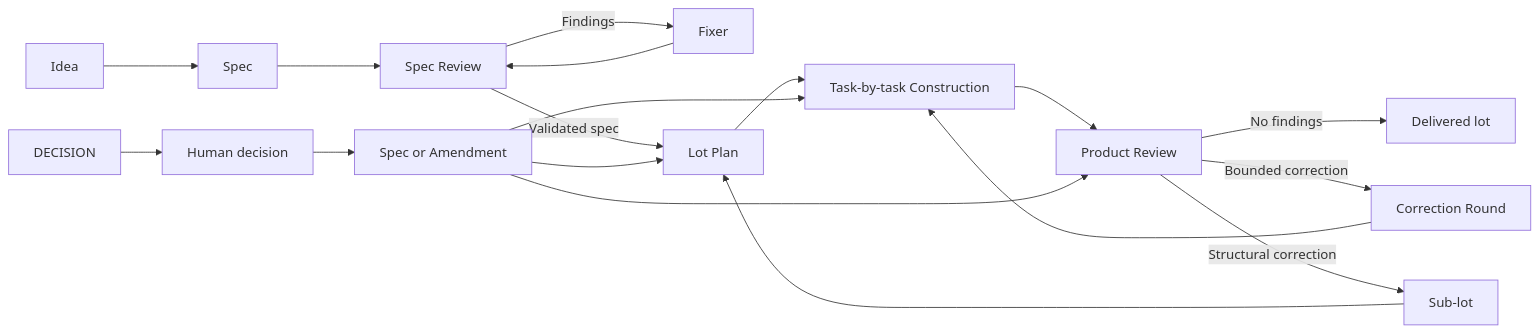
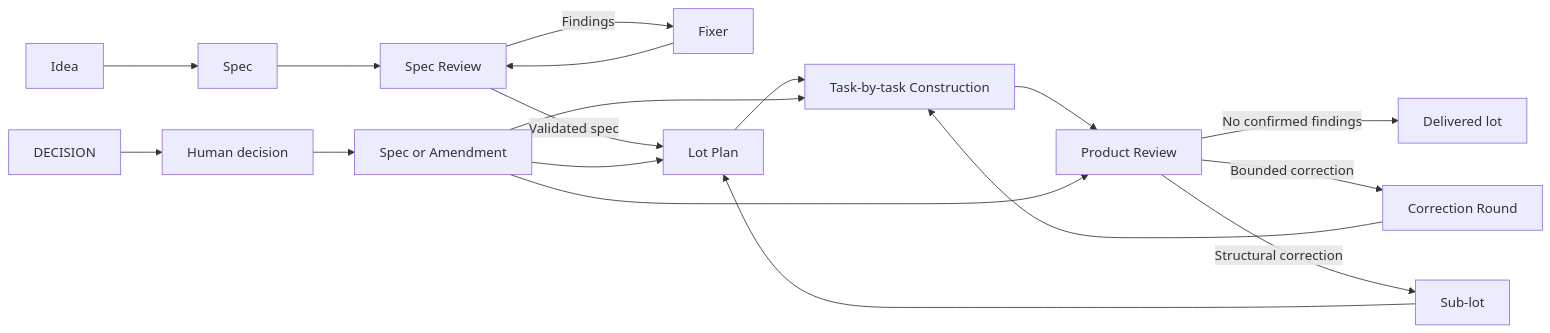
The diagram in PHILOSOPHY.md (twidi/build-with-review-skill), drawn with Mermaid before and after one commit. The commit also changed other lines of this file and 1 other file, not shown here.

````diff
--- a/PHILOSOPHY.md
+++ b/PHILOSOPHY.md
@@ -9,24 +9,24 @@
 ```mermaid
 flowchart LR
     A[Idea] --> B[Spec]
     B --> C[Spec Review]
     C -->|Findings| D[Fixer]
     D --> C
     C -->|Validated spec| E[Lot Plan]
 
     E --> F[Task-by-task Construction]
     F --> G[Product Review]
 
-    G -->|No findings| H[Delivered lot]
+    G -->|No confirmed findings| H[Delivered lot]
     G -->|Bounded correction| I[Correction Round]
     G -->|Structural correction| J[Sub-lot]
 
     I --> F
     J --> E
 
     K[DECISION] --> L[Human decision]
     L --> M[Spec or Amendment]
     M --> E
     M --> F
     M --> G
 ```
````
